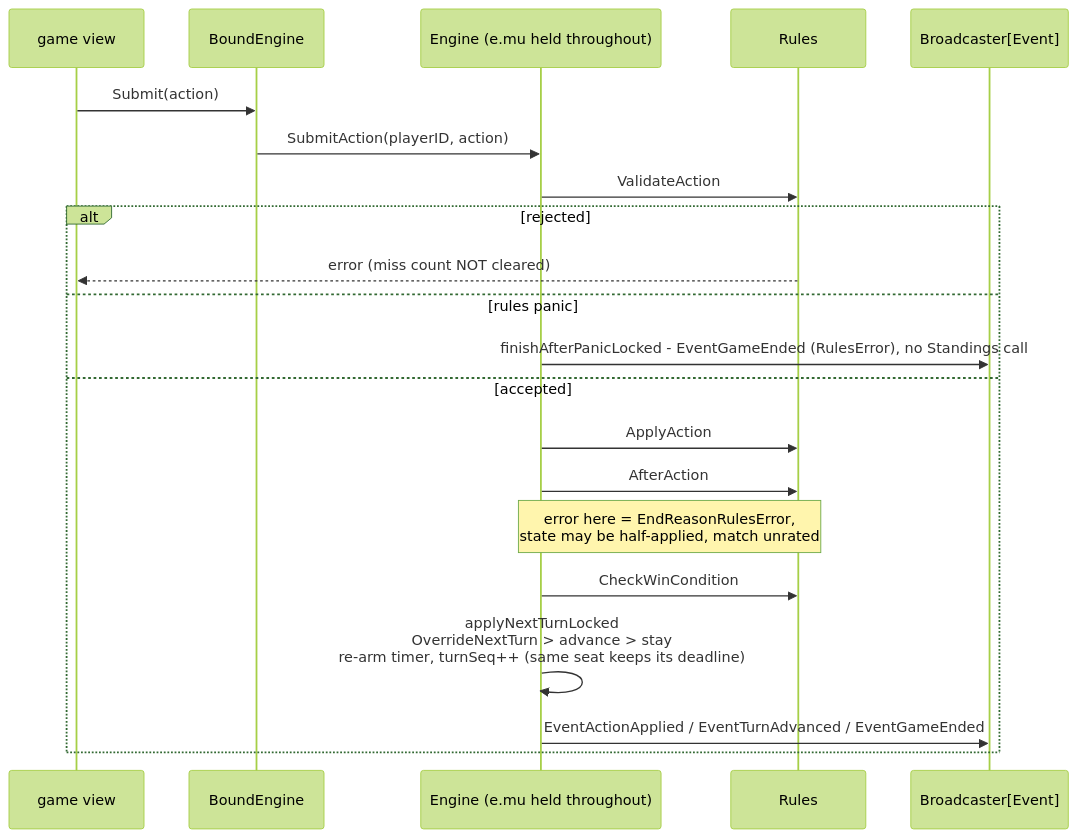
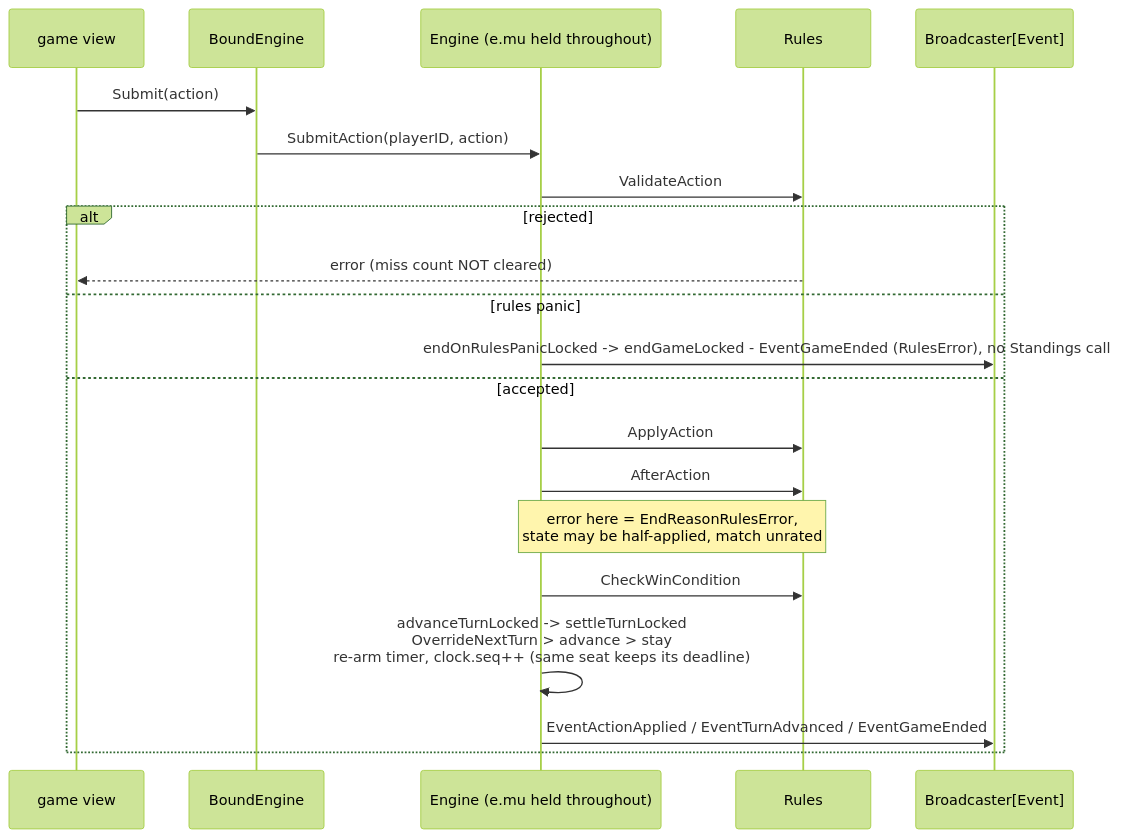
Before and after one commit to Pieczasz/terminal-card: the fifth of 11 diagrams in docs/codebase-map.md, drawn with Mermaid (forest theme). The commit also changed other lines of this file and 1 other file, not shown here.

Commit message:
docs(codebase-map): recount, regenerate the package and class diagrams, refresh the reading guide

````diff
--- a/docs/codebase-map.md
+++ b/docs/codebase-map.md
@@ -215,24 +234,24 @@
 ```mermaid
 sequenceDiagram
     participant V as game view
     participant B as BoundEngine
     participant E as Engine (e.mu held throughout)
     participant Ru as Rules
     participant Bc as Broadcaster[Event]
 
     V->>B: Submit(action)
     B->>E: SubmitAction(playerID, action)
     E->>Ru: ValidateAction
     alt rejected
         Ru-->>V: error (miss count NOT cleared)
     else rules panic
-        E->>Bc: finishAfterPanicLocked - EventGameEnded (RulesError), no Standings call
+        E->>Bc: endOnRulesPanicLocked -> endGameLocked - EventGameEnded (RulesError), no Standings call
     else accepted
         E->>Ru: ApplyAction
         E->>Ru: AfterAction
         Note over E,Ru: error here = EndReasonRulesError,<br/>state may be half-applied, match unrated
         E->>Ru: CheckWinCondition
-        E->>E: applyNextTurnLocked<br/>OverrideNextTurn > advance > stay<br/>re-arm timer, turnSeq++ (same seat keeps its deadline)
+        E->>E: advanceTurnLocked -> settleTurnLocked<br/>OverrideNextTurn > advance > stay<br/>re-arm timer, clock.seq++ (same seat keeps its deadline)
         E->>Bc: EventActionApplied / EventTurnAdvanced / EventGameEnded
     end
 ```
````
